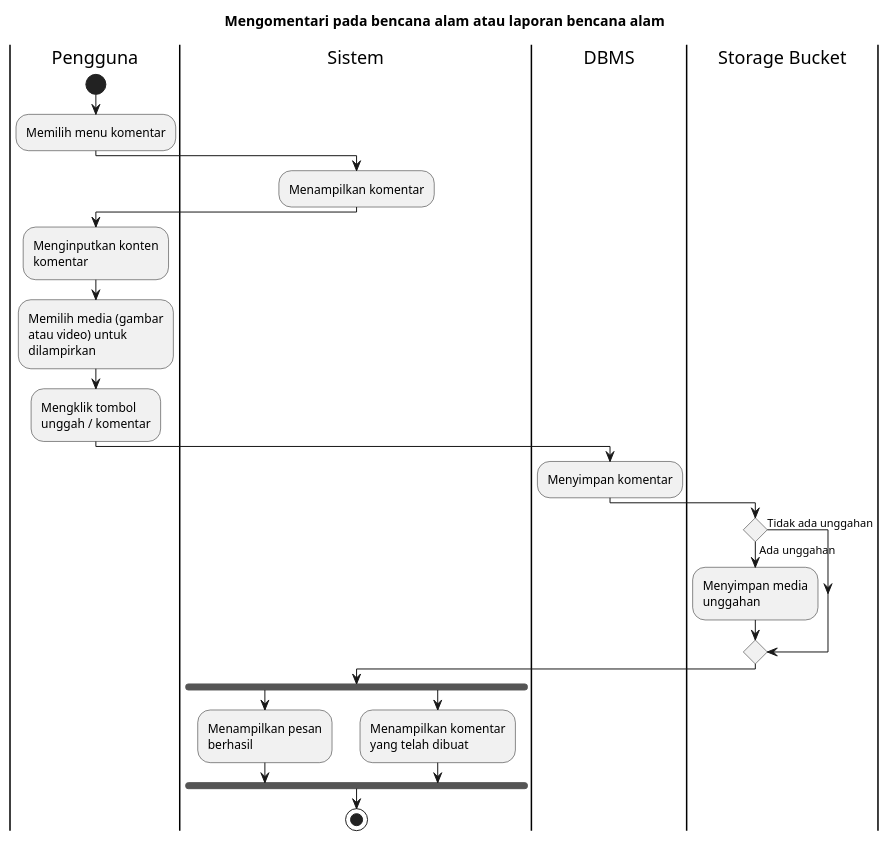
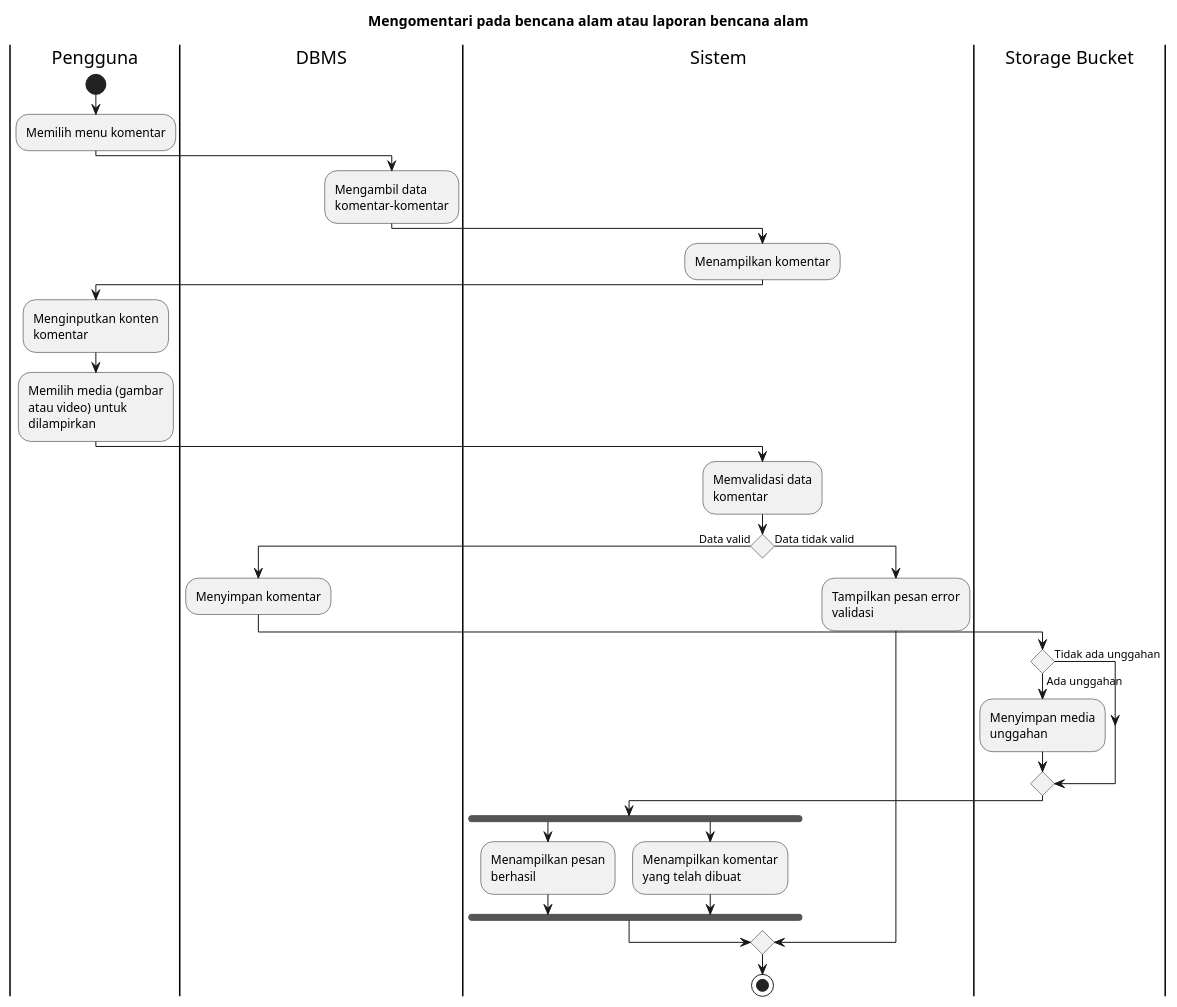
Before and after one commit to bagusNA/appl-diagrams: the diagram in Activity Diagrams/UC-MAP - Peta Bencana/UC-MAP-012 - Mengomentari laporan bencana alam.puml, drawn with PlantUML. The commit also changed 112 other files, not shown here.

Commit message:
feat: overhaul activity diagrams

```diff
--- a/Activity Diagrams/UC-MAP - Peta Bencana/UC-MAP-012 - Mengomentari laporan bencana alam.puml
+++ b/Activity Diagrams/UC-MAP - Peta Bencana/UC-MAP-012 - Mengomentari laporan bencana alam.puml
@@ -1,36 +1,46 @@
 @startuml UC-MAP-012 - Mengomentari pada bencana alam atau laporan bencana alam
 skinparam wrapWidth 140
 
 title Mengomentari pada bencana alam atau laporan bencana alam
  
 |Pengguna|
 start
 :Memilih menu komentar;
 
+|DBMS|
+:Mengambil data komentar-komentar;
+
 |Sistem|
 :Menampilkan komentar;
 
 |Pengguna|
 :Menginputkan konten komentar;
 :Memilih media (gambar atau video) untuk dilampirkan;
-:Mengklik tombol unggah / komentar;
-
-|DBMS|
-:Menyimpan komentar;
-
-|Storage Bucket|
-if () then (Tidak ada unggahan)
-else (Ada unggahan)
-:Menyimpan media unggahan;
-endif
 
 |Sistem|
-fork
-  :Menampilkan pesan berhasil;
-fork again
-  :Menampilkan komentar yang telah dibuat;
-endfork
+:Memvalidasi data komentar;
+
+if () then (Data valid)
+  |DBMS|
+  :Menyimpan komentar;
+
+  |Storage Bucket|
+  if () then (Tidak ada unggahan)
+  else (Ada unggahan)
+  :Menyimpan media unggahan;
+  endif
+
+  |Sistem|
+  fork
+    :Menampilkan pesan berhasil;
+  fork again
+    :Menampilkan komentar yang telah dibuat;
+  endfork
+else (Data tidak valid)
+  |Sistem|
+  :Tampilkan pesan error validasi;
+endif
 
 stop
 
 @enduml
```
